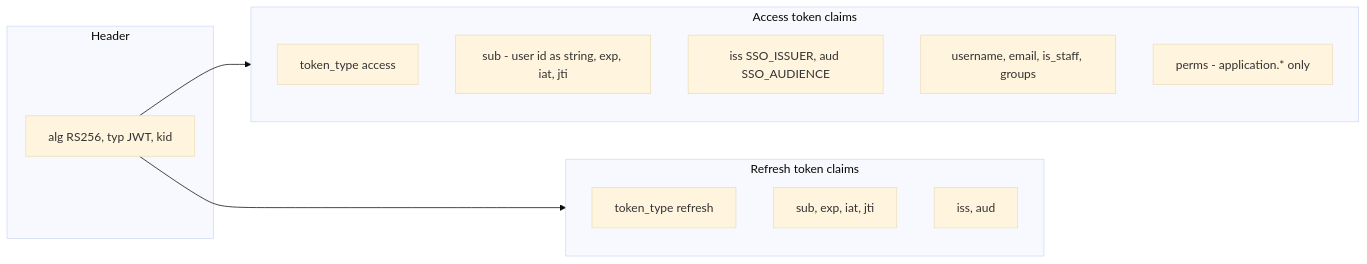
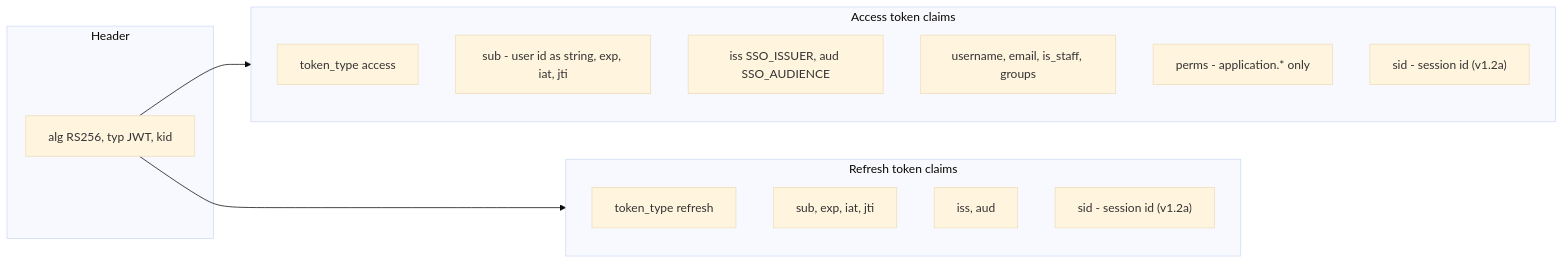
One commit to Neural-Matrix-LLC/SSO-server changed the fifth of 33 diagrams in docs/ARCHITECTURE.md. Above: the diagram before and after it, drawn with Mermaid (base theme). The commit also changed other lines of this file and 5 other files, not shown here.

Commit message:
docs: v1.2a as built, library/proxy decisions, API manual, architecture, README

````diff
--- a/docs/ARCHITECTURE.md
+++ b/docs/ARCHITECTURE.md
@@ -312,20 +323,22 @@
 ```mermaid
 flowchart LR
   subgraph Header
     H["alg RS256, typ JWT, kid"]
   end
   subgraph Access["Access token claims"]
     A1["token_type access"]
     A2["sub - user id as string, exp, iat, jti"]
     A3["iss SSO_ISSUER, aud SSO_AUDIENCE"]
     A4["username, email, is_staff, groups"]
     A5["perms - application.* only"]
+    A6["sid - session id (v1.2a)"]
   end
   subgraph Refresh["Refresh token claims"]
     R1["token_type refresh"]
     R2["sub, exp, iat, jti"]
     R3["iss, aud"]
+    R4["sid - session id (v1.2a)"]
   end
   H --> Access
   H --> Refresh
 ```
````
